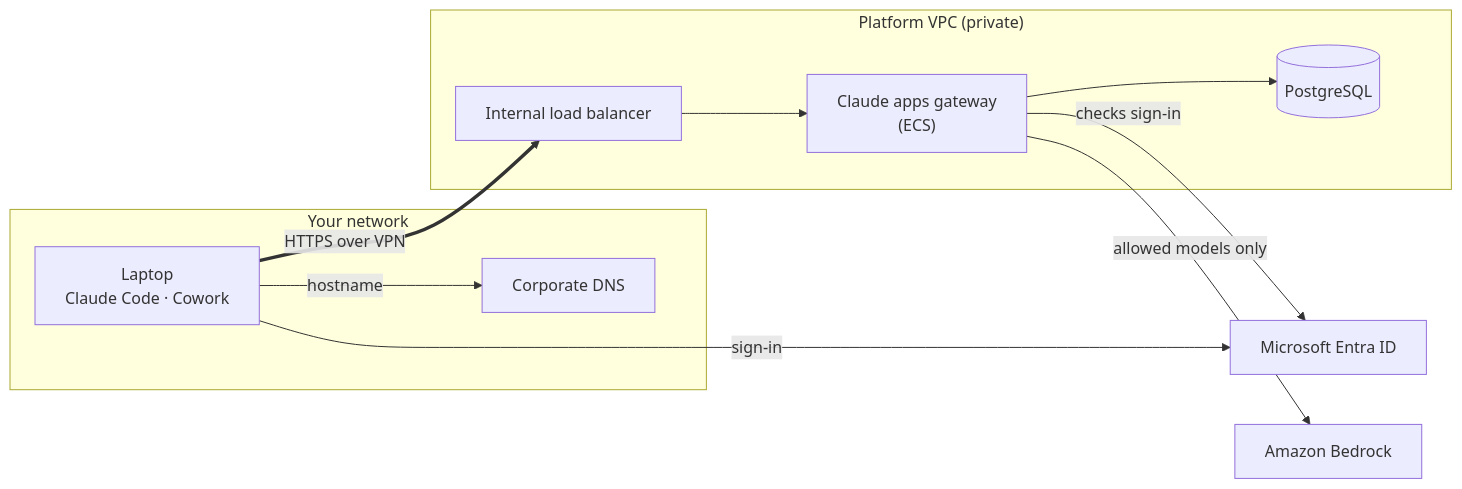
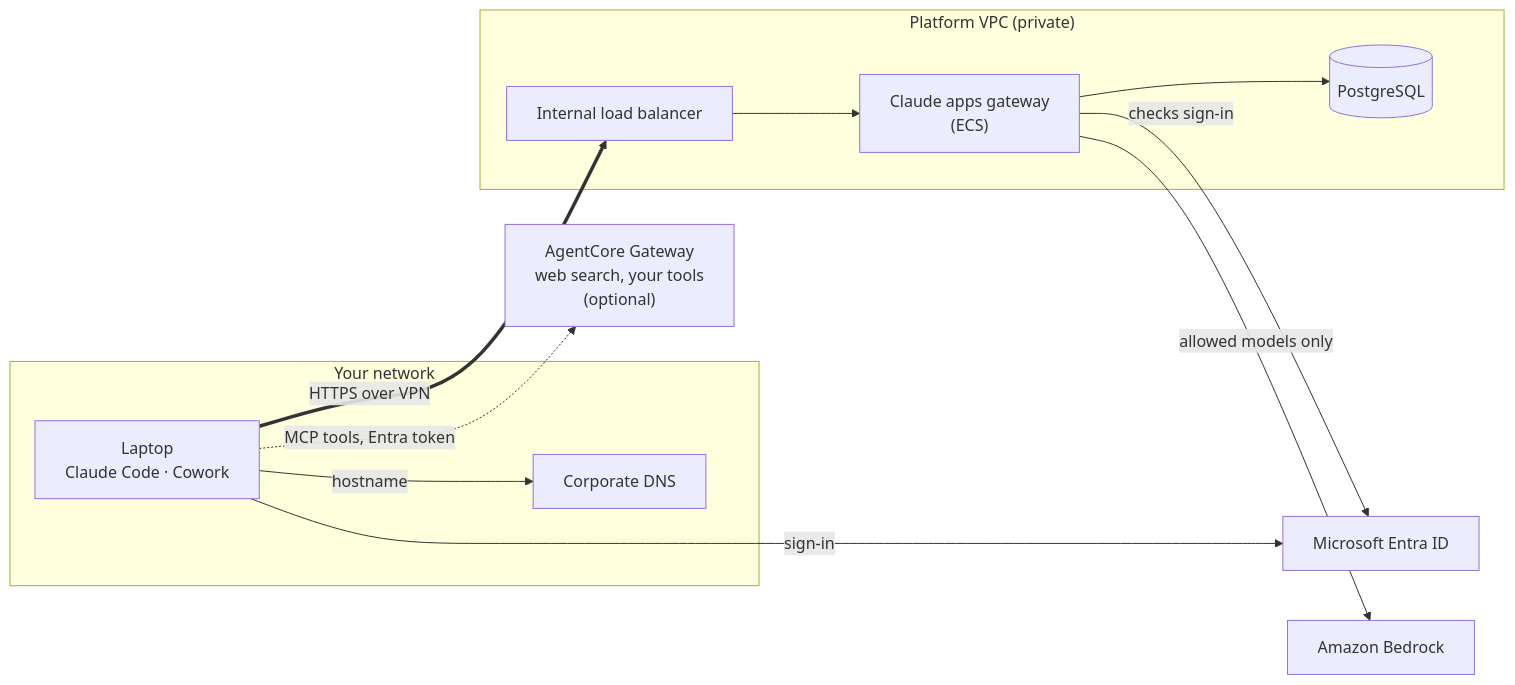
Before and after one commit to aws-samples/sample-agentcore-enterprise-platform: the first of 2 diagrams in use-cases/claude-3p-on-bedrock/README.md, drawn with Mermaid. The commit also changed other lines of this file and 10 other files, not shown here.

First line of the commit message:
Add AgentCore Gateway tools to claude-3p-on-bedrock: Entra sign-in, no proxy

````diff
--- a/use-cases/claude-3p-on-bedrock/README.md
+++ b/use-cases/claude-3p-on-bedrock/README.md
@@ -44,20 +40,22 @@
 ```mermaid
 flowchart LR
     subgraph CORP["Your network"]
         DEV["Laptop<br/>Claude Code · Cowork"]
         DNS["Corporate DNS"]
     end
     subgraph AWS["Platform VPC (private)"]
         ALB["Internal load balancer"]
         GW["Claude apps gateway<br/>(ECS)"]
         DB[("PostgreSQL")]
     end
     ENTRA["Microsoft Entra ID"]
     BR["Amazon Bedrock"]
+    ACG["AgentCore Gateway<br/>web search, your tools<br/>(optional)"]
 
     DEV -- "hostname" --> DNS
     DEV == "HTTPS over VPN" ==> ALB --> GW --> DB
     DEV -- "sign-in" --> ENTRA
     GW -- "checks sign-in" --> ENTRA
     GW -- "allowed models only" --> BR
+    DEV -. "MCP tools, Entra token" .-> ACG
 ```
````
